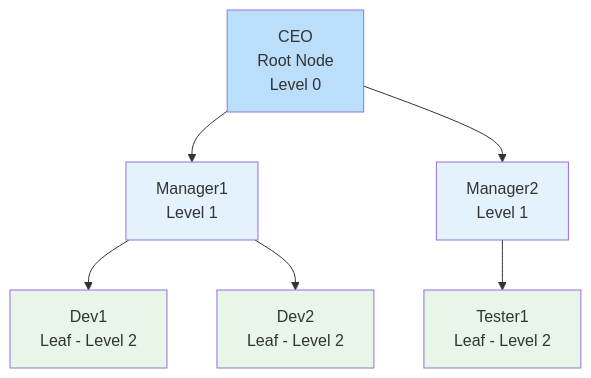
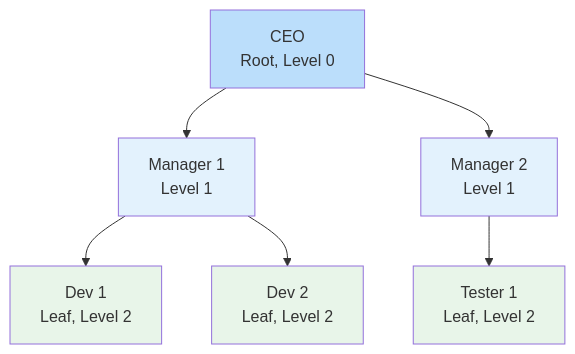
The fifth of 7 diagrams in lesson.md (su-ntu-sctp/ai-3.5-data-structures-and-algorithms-p2), drawn with Mermaid before and after one commit. The commit also changed other lines of this file and 3 other files, not shown here.

````diff
--- a/lesson.md
+++ b/lesson.md
@@ -132,22 +386,22 @@
 ```mermaid
 graph TD
-    CEO[CEO<br/>Root Node<br/>Level 0]
-    M1[Manager1<br/>Level 1]
-    M2[Manager2<br/>Level 1]
-    D1[Dev1<br/>Leaf - Level 2]
-    D2[Dev2<br/>Leaf - Level 2]
-    T1[Tester1<br/>Leaf - Level 2]
+    CEO[CEO<br/>Root, Level 0]
+    M1[Manager 1<br/>Level 1]
+    M2[Manager 2<br/>Level 1]
+    D1[Dev 1<br/>Leaf, Level 2]
+    D2[Dev 2<br/>Leaf, Level 2]
+    T1[Tester 1<br/>Leaf, Level 2]
 
     CEO --> M1
     CEO --> M2
     M1 --> D1
     M1 --> D2
     M2 --> T1
 
     style CEO fill:#bbdefb
     style M1 fill:#e3f2fd
     style M2 fill:#e3f2fd
     style D1 fill:#e8f5e9
     style D2 fill:#e8f5e9
     style T1 fill:#e8f5e9
 ```
````
